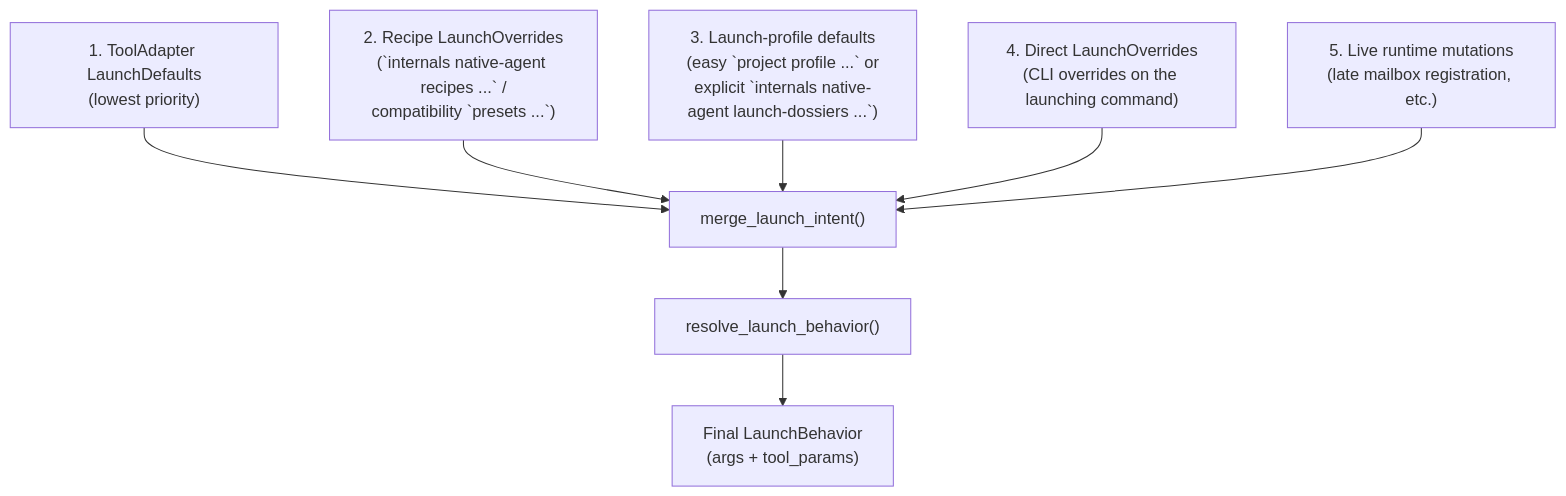
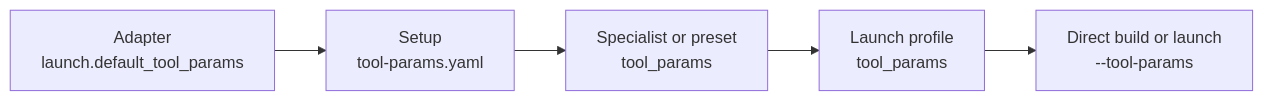
Before and after one commit to igamenovoer/houmao: the diagram in docs/reference/build-phase/launch-overrides.md, drawn with Mermaid. The commit also changed other lines of this file and 124 other files, not shown here.

Commit message:
feat: layer tool parameters and align DSH native configuration

````diff
--- a/docs/reference/build-phase/launch-overrides.md
+++ b/docs/reference/build-phase/launch-overrides.md
@@ -11,19 +11,10 @@
 ```mermaid
-flowchart TD
-    A["1. ToolAdapter LaunchDefaults<br/>(lowest priority)"]
-    B["2. Recipe LaunchOverrides<br/>(`internals native-agent recipes ...` /<br/>compatibility `presets ...`)"]
-    C["3. Launch-profile defaults<br/>(easy `project profile ...` or<br/>explicit `internals native-agent launch-dossiers ...`)"]
-    D["4. Direct LaunchOverrides<br/>(CLI overrides on the launching command)"]
-    E["5. Live runtime mutations<br/>(late mailbox registration, etc.)"]
-    M["merge_launch_intent()"]
-    R["resolve_launch_behavior()"]
-    F["Final LaunchBehavior<br/>(args + tool_params)"]
+flowchart LR
+    A["Adapter<br/>launch.default_tool_params"]
+    B["Setup<br/>tool-params.yaml"]
+    C["Specialist or preset<br/>tool_params"]
+    D["Launch profile<br/>tool_params"]
+    E["Direct build or launch<br/>--tool-params"]
 
-    A --> M
-    B --> M
-    C --> M
-    D --> M
-    E --> M
-    M --> R
-    R --> F
+    A --> B --> C --> D --> E
 ```
````
